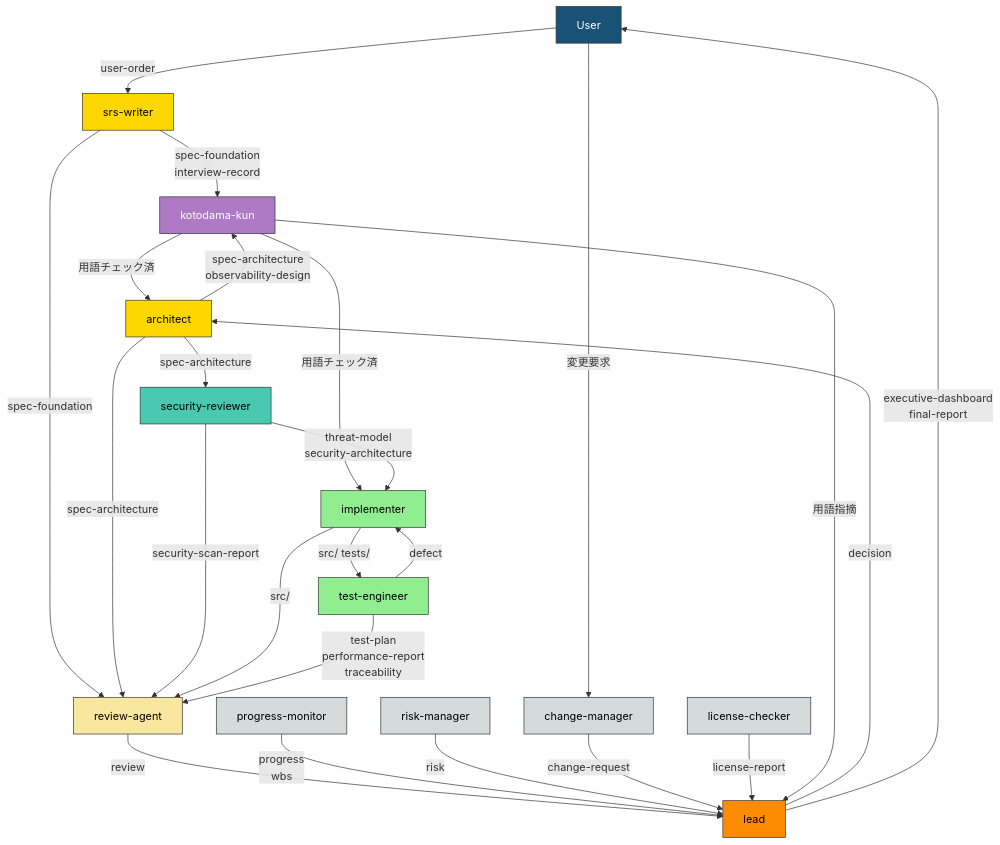
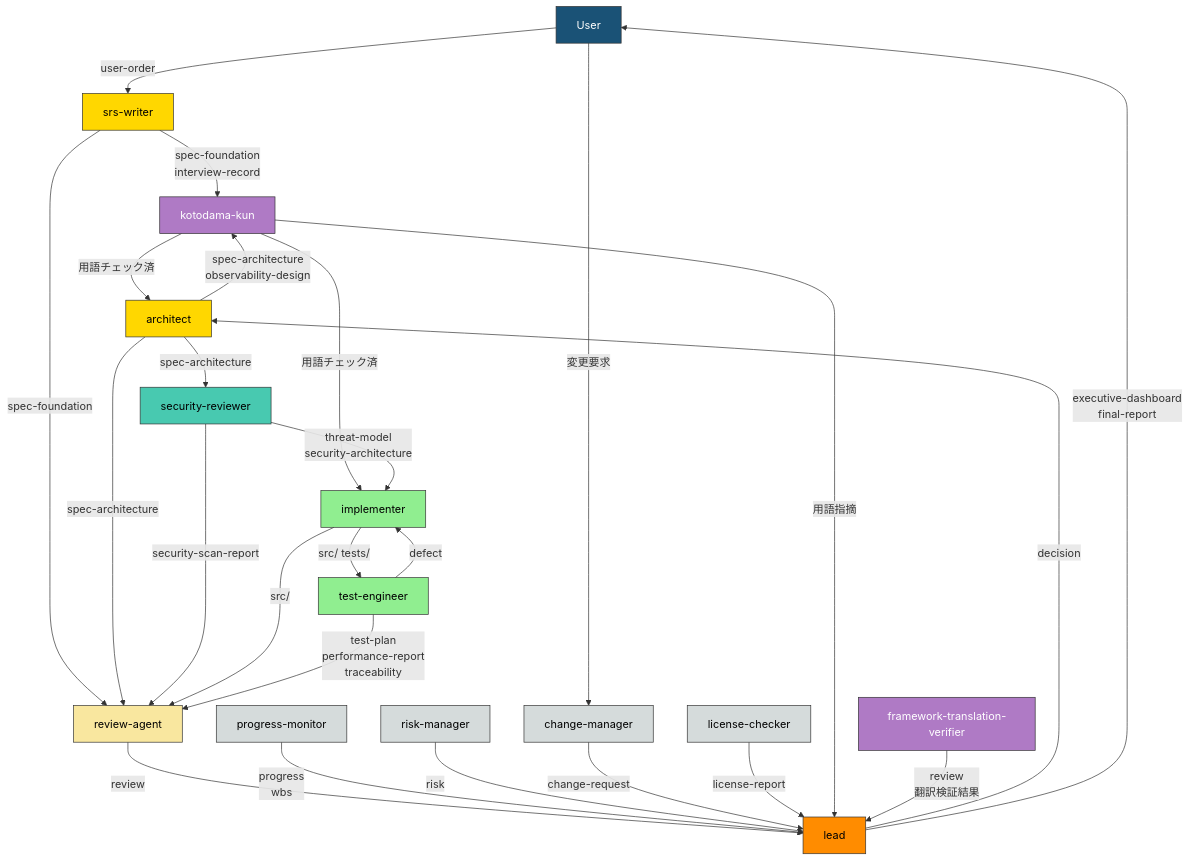
Before and after one commit to GoodRelax/gr-sw-maker: the diagram in process-rules/agent-list-ja.md, drawn with Mermaid. The commit also changed other lines of this file and 19 other files, not shown here.

````diff
--- a/process-rules/agent-list-ja.md
+++ b/process-rules/agent-list-ja.md
@@ -141,54 +151,57 @@
 ```mermaid
 flowchart TD
     User["User"]
     Lead["lead"]
     SRS["srs-writer"]
     Arch["architect"]
     Sec["security-reviewer"]
     Impl["implementer"]
     Test["test-engineer"]
     Rev["review-agent"]
     PM["progress-monitor"]
     CM["change-manager"]
     RM["risk-manager"]
     Lic["license-checker"]
     Koto["kotodama-kun"]
+    FTV["framework-translation-verifier"]
 
     User -->|"user-order"| SRS
     SRS -->|"spec-foundation<br/>interview-record"| Koto
     Koto -->|"用語チェック済"| Arch
     SRS -->|"spec-foundation"| Rev
     Arch -->|"spec-architecture<br/>observability-design"| Koto
     Koto -->|"用語チェック済"| Impl
     Arch -->|"spec-architecture"| Rev
     Arch -->|"spec-architecture"| Sec
     Sec -->|"threat-model<br/>security-architecture"| Impl
     Sec -->|"security-scan-report"| Rev
     Impl -->|"src/ tests/"| Test
     Impl -->|"src/"| Rev
     Test -->|"defect"| Impl
     Test -->|"test-plan<br/>performance-report<br/>traceability"| Rev
     Rev -->|"review"| Lead
     PM -->|"progress<br/>wbs"| Lead
     RM -->|"risk"| Lead
     CM -->|"change-request"| Lead
     Lic -->|"license-report"| Lead
     Koto -->|"用語指摘"| Lead
     Lead -->|"decision"| Arch
     Lead -->|"executive-dashboard<br/>final-report"| User
     User -->|"変更要求"| CM
+    FTV -->|"review<br/>翻訳検証結果"| Lead
 
     style User fill:#1a5276,stroke:#333,color:#fff
     style Lead fill:#FF8C00,stroke:#333,color:#000
     style SRS fill:#FFD700,stroke:#333,color:#000
     style Arch fill:#FFD700,stroke:#333,color:#000
     style Sec fill:#48c9b0,stroke:#333,color:#000
     style Impl fill:#90EE90,stroke:#333,color:#000
     style Test fill:#90EE90,stroke:#333,color:#000
     style Rev fill:#f9e79f,stroke:#333,color:#000
     style PM fill:#d5dbdb,stroke:#333,color:#000
     style CM fill:#d5dbdb,stroke:#333,color:#000
     style RM fill:#d5dbdb,stroke:#333,color:#000
     style Lic fill:#d5dbdb,stroke:#333,color:#000
     style Koto fill:#af7ac5,stroke:#333,color:#fff
+    style FTV fill:#af7ac5,stroke:#333,color:#fff
 ```
````
